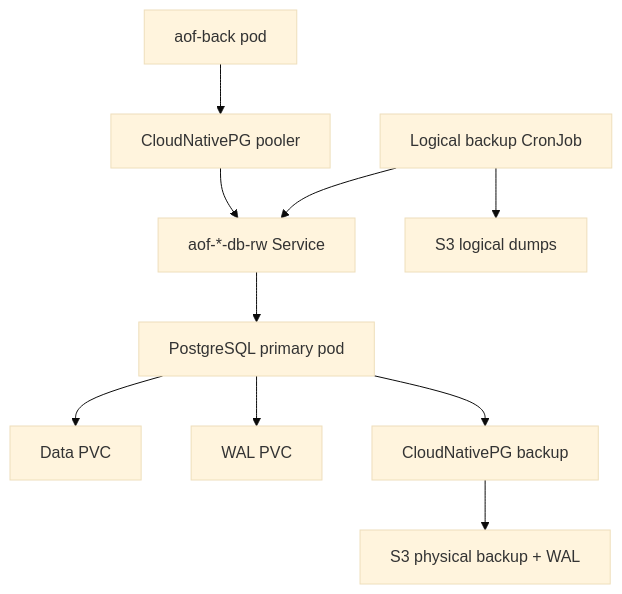
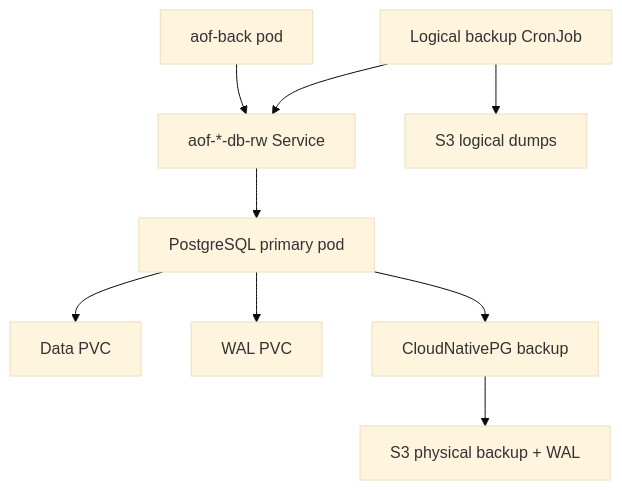
The fourth of 7 diagrams in k8s/OPERATIONS.md (akuzmin90/aof-infra), drawn with Mermaid (base theme) before and after one commit. The commit also changed other lines of this file and 22 other files, not shown here.

````diff
--- a/k8s/OPERATIONS.md
+++ b/k8s/OPERATIONS.md
@@ -211,12 +211,11 @@
 ```mermaid
 flowchart TB
-  app[aof-back pod] --> pooler[CloudNativePG pooler]
-  pooler --> rw[aof-*-db-rw Service]
+  app[aof-back pod] --> rw[aof-*-db-rw Service]
   rw --> primary[PostgreSQL primary pod]
   primary --> dataPVC[Data PVC]
   primary --> walPVC[WAL PVC]
   primary --> barman[CloudNativePG backup]
   barman --> s3[S3 physical backup + WAL]
   cron[Logical backup CronJob] --> rw
   cron --> dumpS3[S3 logical dumps]
 ```
````
